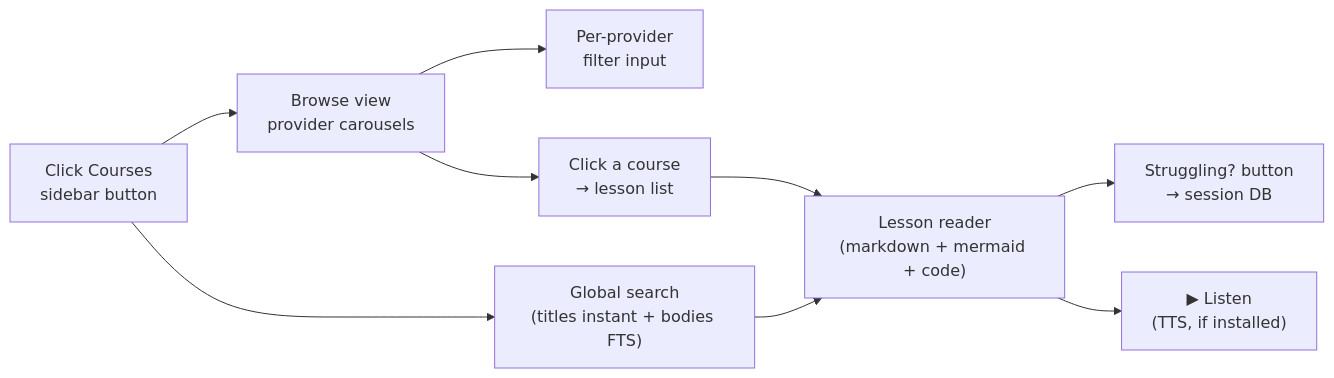
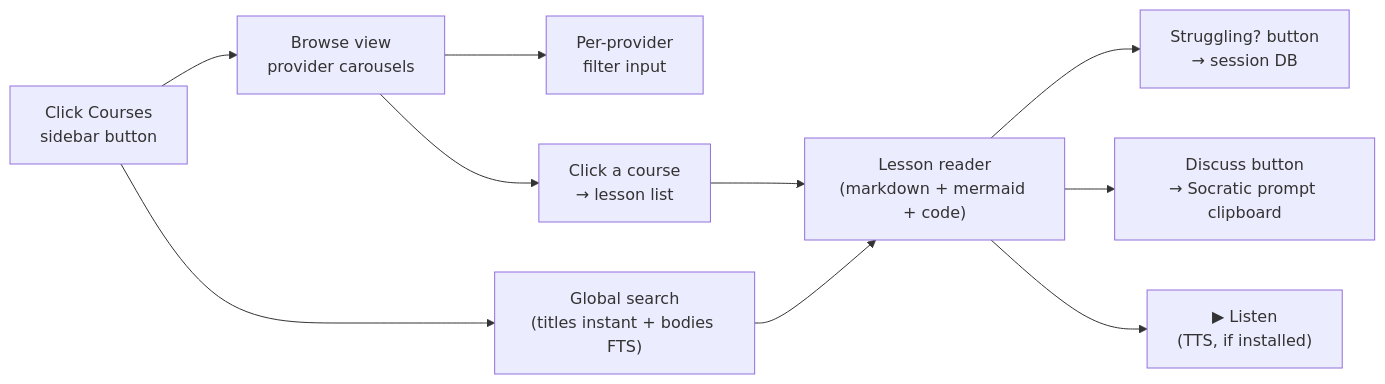
One commit to NetDevAutomate/StudyLoop changed the third of 8 diagrams in docs/web-ui-guide.md. Above: the diagram before and after it, drawn with Mermaid. The commit also changed other lines of this file and 7 other files, not shown here.

Commit message:
docs: update architecture for active learning loops

````diff
--- a/docs/web-ui-guide.md
+++ b/docs/web-ui-guide.md
@@ -148,20 +148,22 @@
 ```mermaid
 flowchart LR
     Open["Click Courses<br/>sidebar button"]
     Browse["Browse view<br/>provider carousels"]
     Filter["Per-provider<br/>filter input"]
     Select["Click a course<br/>→ lesson list"]
     Read["Lesson reader<br/>(markdown + mermaid + code)"]
     Search["Global search<br/>(titles instant + bodies FTS)"]
     Struggle["Struggling? button<br/>→ session DB"]
+    Discuss["Discuss button<br/>→ Socratic prompt clipboard"]
     Listen["▶ Listen<br/>(TTS, if installed)"]
 
     Open --> Browse
     Browse --> Filter
     Browse --> Select
     Select --> Read
     Open --> Search
     Search --> Read
     Read --> Struggle
+    Read --> Discuss
     Read --> Listen
 ```
````
